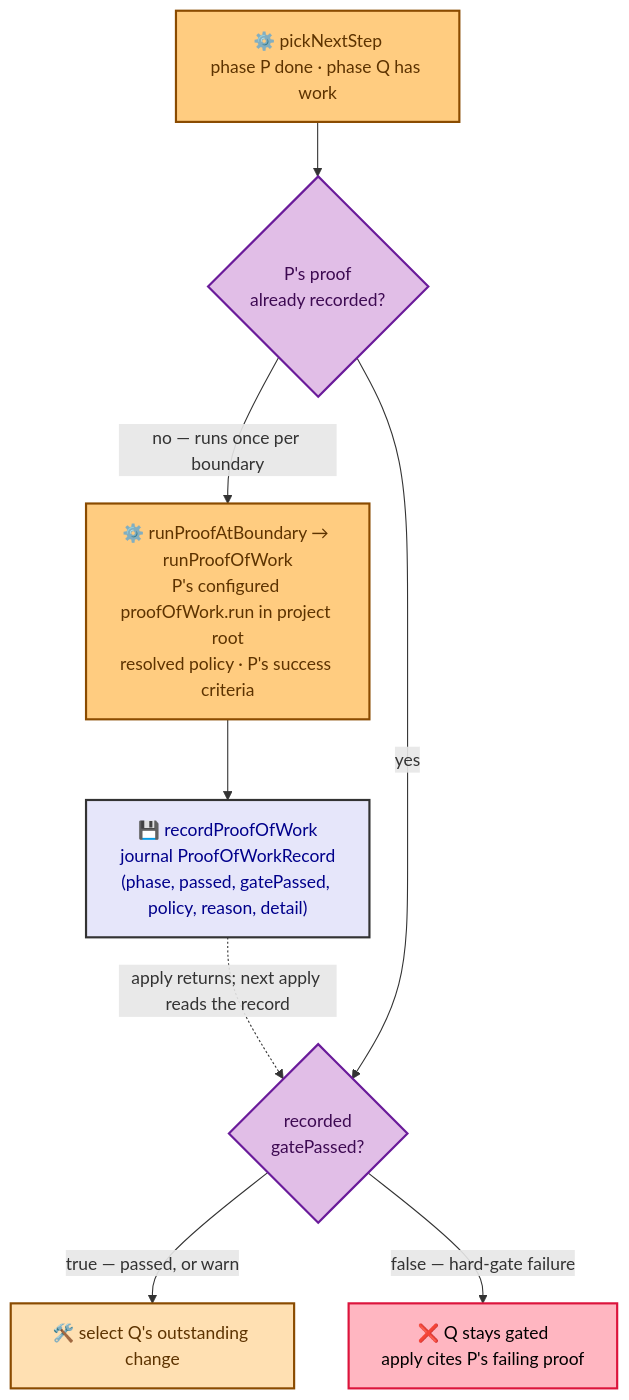
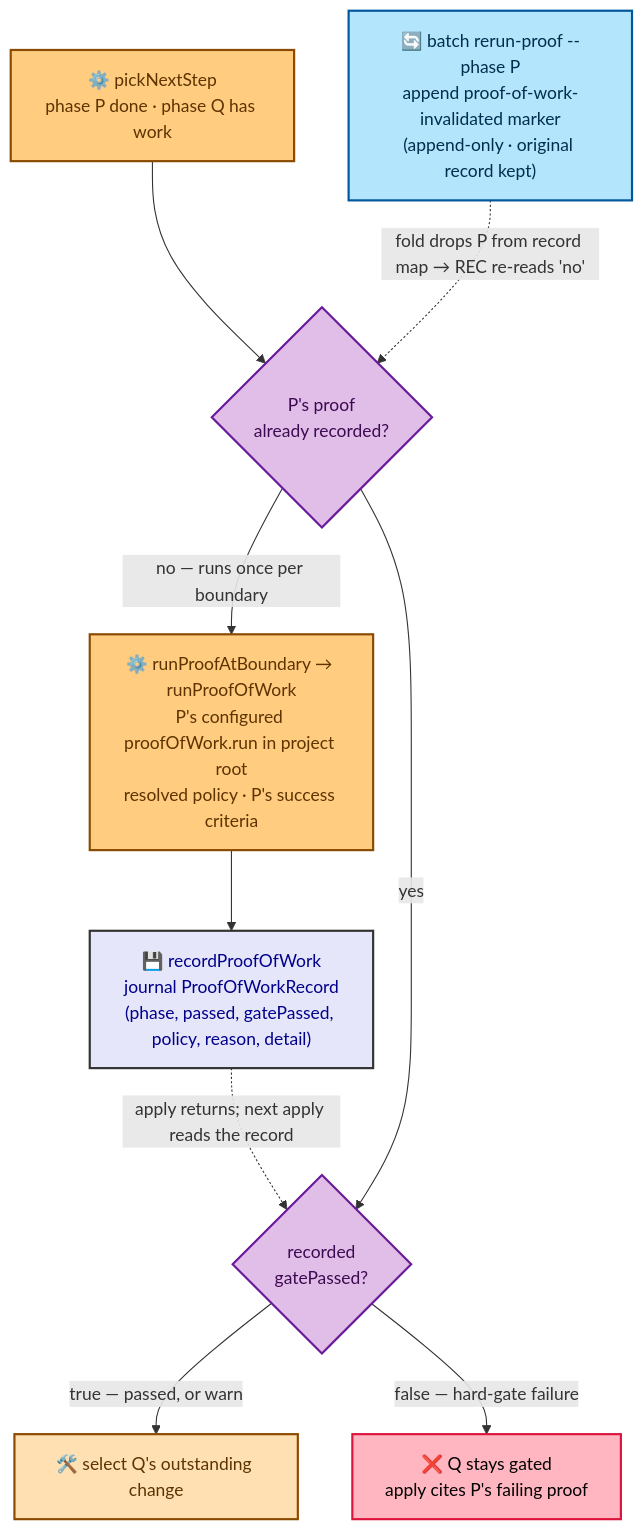
Before and after one commit to joctaTorres/ratchet: the fourth of 4 diagrams in docs/engine/overview.md, drawn with Mermaid. The commit also changed other lines of this file and 14 other files, not shown here.

````diff
--- a/docs/engine/overview.md
+++ b/docs/engine/overview.md
@@ -402,30 +403,34 @@
 ```mermaid
 flowchart TB
     PICK["⚙️ pickNextStep<br/>phase P done · phase Q has work"]
     REC{"P's proof<br/>already recorded?"}
     RUN["⚙️ runProofAtBoundary → runProofOfWork<br/>P's configured proofOfWork.run in project root<br/>resolved policy · P's success criteria"]
     JOURNAL["💾 recordProofOfWork<br/>journal ProofOfWorkRecord<br/>(phase, passed, gatePassed, policy, reason, detail)"]
     GATE{"recorded<br/>gatePassed?"}
     NEXT["🛠️ select Q's outstanding change"]
     BLOCK["❌ Q stays gated<br/>apply cites P's failing proof"]
+    RERUN["🔄 batch rerun-proof --phase P<br/>append proof-of-work-invalidated marker<br/>(append-only · original record kept)"]
 
     PICK --> REC
     REC -->|"no — runs once per boundary"| RUN
     RUN --> JOURNAL
     JOURNAL -.->|"apply returns; next apply reads the record"| GATE
     REC -->|"yes"| GATE
     GATE -->|"true — passed, or warn"| NEXT
     GATE -->|"false — hard-gate failure"| BLOCK
+    RERUN -.->|"fold drops P from record map → REC re-reads 'no'"| REC
 
     classDef run fill:#FFCC80,stroke:#8a4b00,stroke-width:2px,color:#5d3300;
     classDef gate fill:#E1BEE7,stroke:#6a1b9a,stroke-width:2px,color:#3d0a52;
     classDef store fill:#E6E6FA,stroke:#333,stroke-width:2px,color:darkblue;
     classDef todo fill:#FFE0B2,stroke:#8a4b00,stroke-width:2px,color:#5d3300;
     classDef error fill:#FFB6C1,stroke:#DC143C,stroke-width:2px,color:black;
+    classDef override fill:#B3E5FC,stroke:#01579b,stroke-width:2px,color:#012e4d;
 
     class PICK,RUN run;
     class REC,GATE gate;
     class JOURNAL store;
     class NEXT todo;
     class BLOCK error;
+    class RERUN override;
 ```
````
